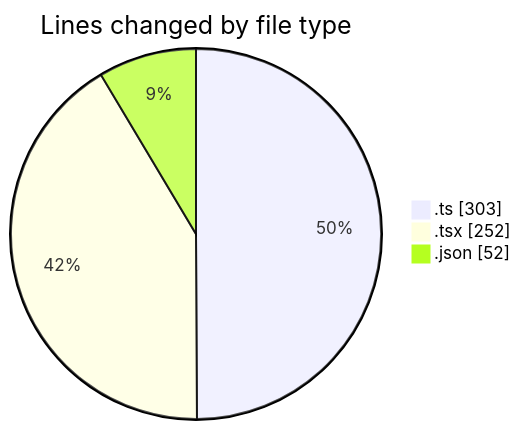
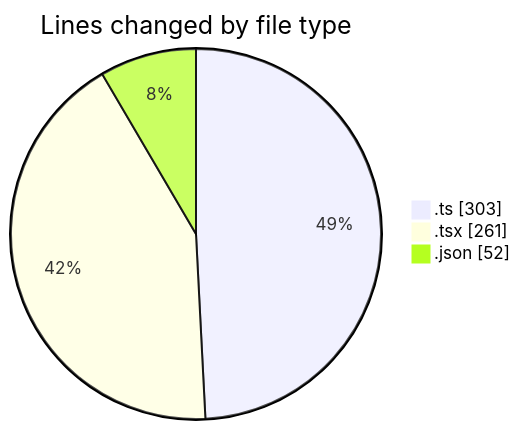
One commit to julien-gomy/code-tracking changed the first of 2 diagrams in 2025-11-24/eventscop-frontend-guide__workspace_/README.md. Above: the diagram before and after it, drawn with Mermaid. The commit also changed other lines of this file and 1 other file, not shown here.

````diff
--- a/2025-11-24/eventscop-frontend-guide__workspace_/README.md
+++ b/2025-11-24/eventscop-frontend-guide__workspace_/README.md
@@ -29,7 +29,7 @@
 ```mermaid
 pie showData
 title Lines changed by file type
 ".ts" : 303
-".tsx" : 252
+".tsx" : 261
 ".json" : 52
 ```
````
